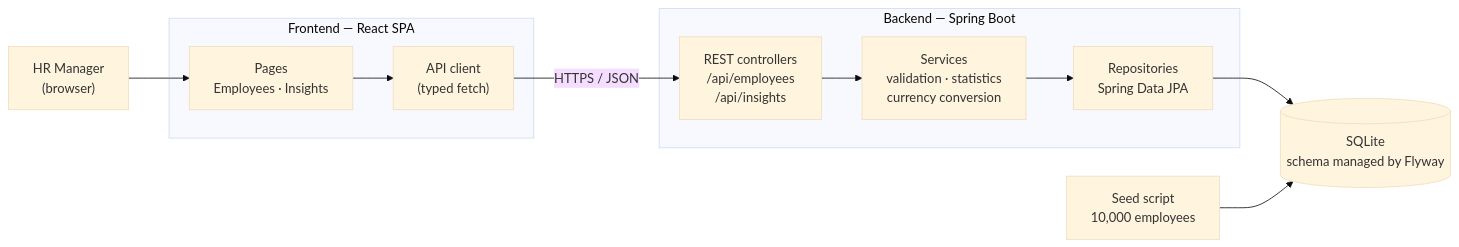
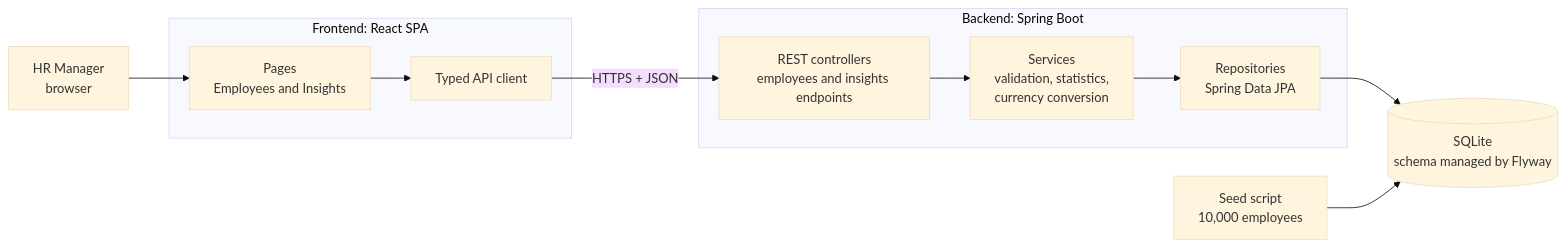
The first of 5 diagrams in docs/architecture.md (kuttekiran97/salary-management-system), drawn with Mermaid (base theme) before and after one commit. The commit also changed other lines of this file, not shown here.

Commit message:
docs: fix architecture diagrams that GitHub failed to render
Use pipe-style edge labels and ASCII-only text in Mermaid flowcharts.

````diff
--- a/docs/architecture.md
+++ b/docs/architecture.md
@@ -9,23 +9,23 @@
 ```mermaid
 flowchart LR
-    HR["HR Manager<br/>(browser)"]
+    HR["HR Manager<br/>browser"]
 
-    subgraph FE["Frontend — React SPA"]
-        UI["Pages<br/>Employees · Insights"]
-        API_CLIENT["API client<br/>(typed fetch)"]
+    subgraph FE["Frontend: React SPA"]
+        UI["Pages<br/>Employees and Insights"]
+        API_CLIENT["Typed API client"]
     end
 
-    subgraph BE["Backend — Spring Boot"]
-        CTRL["REST controllers<br/>/api/employees<br/>/api/insights"]
-        SVC["Services<br/>validation · statistics<br/>currency conversion"]
+    subgraph BE["Backend: Spring Boot"]
+        CTRL["REST controllers<br/>employees and insights endpoints"]
+        SVC["Services<br/>validation, statistics,<br/>currency conversion"]
         REPO["Repositories<br/>Spring Data JPA"]
     end
 
     DB[("SQLite<br/>schema managed by Flyway")]
     SEED["Seed script<br/>10,000 employees"]
 
     HR --> UI --> API_CLIENT
-    API_CLIENT -- "HTTPS / JSON" --> CTRL
+    API_CLIENT -->|"HTTPS + JSON"| CTRL
     CTRL --> SVC --> REPO --> DB
     SEED --> DB
 ```
````
